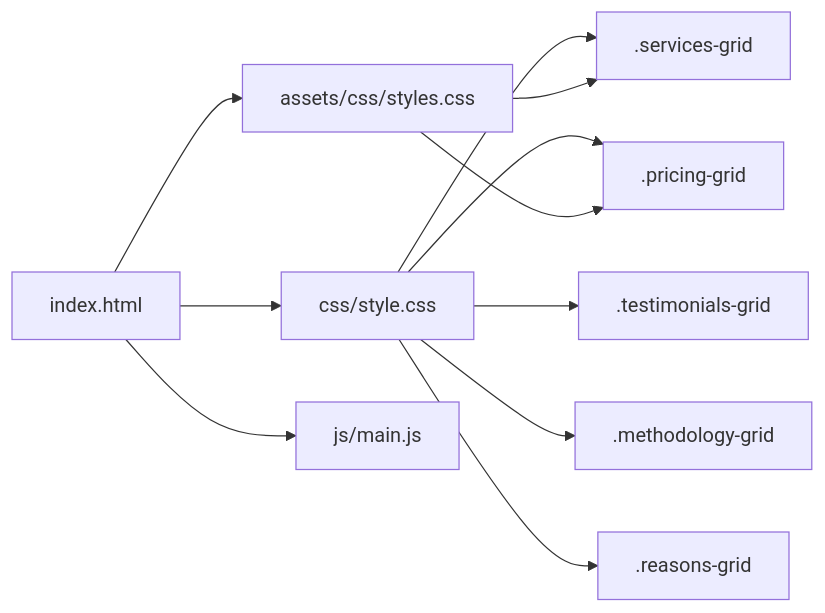
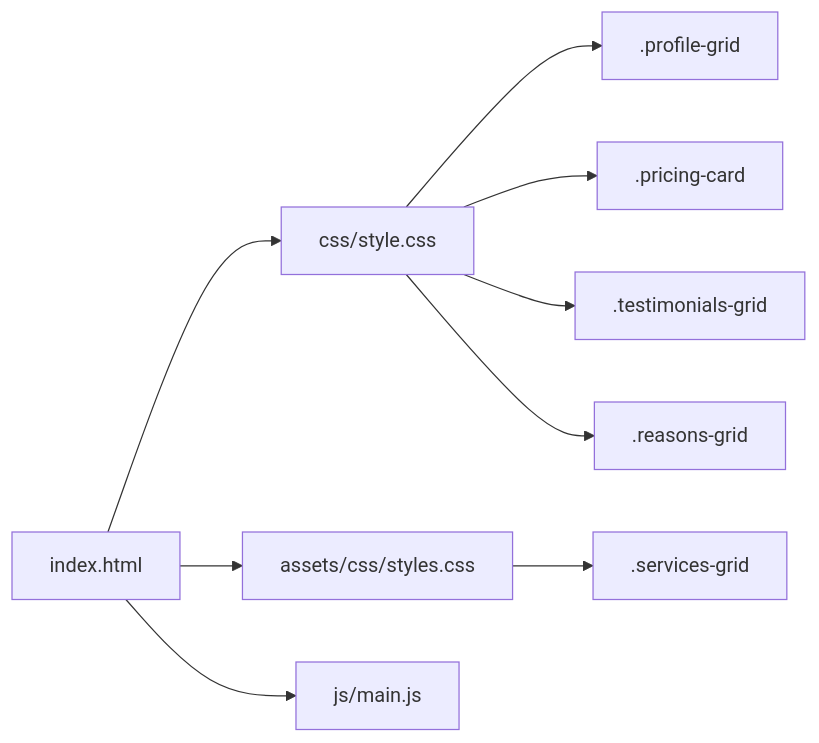
One commit to lynchip/graduates changed the seventh of 7 diagrams in .qoder/repowiki/en/content/Core Features/Service Showcase/Service Showcase.md. Above: the diagram before and after it, drawn with Mermaid. The commit also changed other lines of this file and 12 other files, not shown here.

````diff
--- a/.qoder/repowiki/en/content/Core Features/Service Showcase/Service Showcase.md
+++ b/.qoder/repowiki/en/content/Core Features/Service Showcase/Service Showcase.md
@@ -353,13 +341,11 @@
 ```mermaid
 graph LR
 HTML["index.html"] --> Style["css/style.css"]
 HTML --> AssetsStyle["assets/css/styles.css"]
 HTML --> JS["js/main.js"]
-Style --> Services[".services-grid"]
-Style --> Pricing[".pricing-grid"]
+Style --> Profile[".profile-grid"]
+Style --> Pricing[".pricing-card"]
 Style --> Testimonials[".testimonials-grid"]
-Style --> Method[".methodology-grid"]
 Style --> Reasons[".reasons-grid"]
-AssetsStyle --> Services
-AssetsStyle --> Pricing
+AssetsStyle --> Services[".services-grid"]
 ```
````
